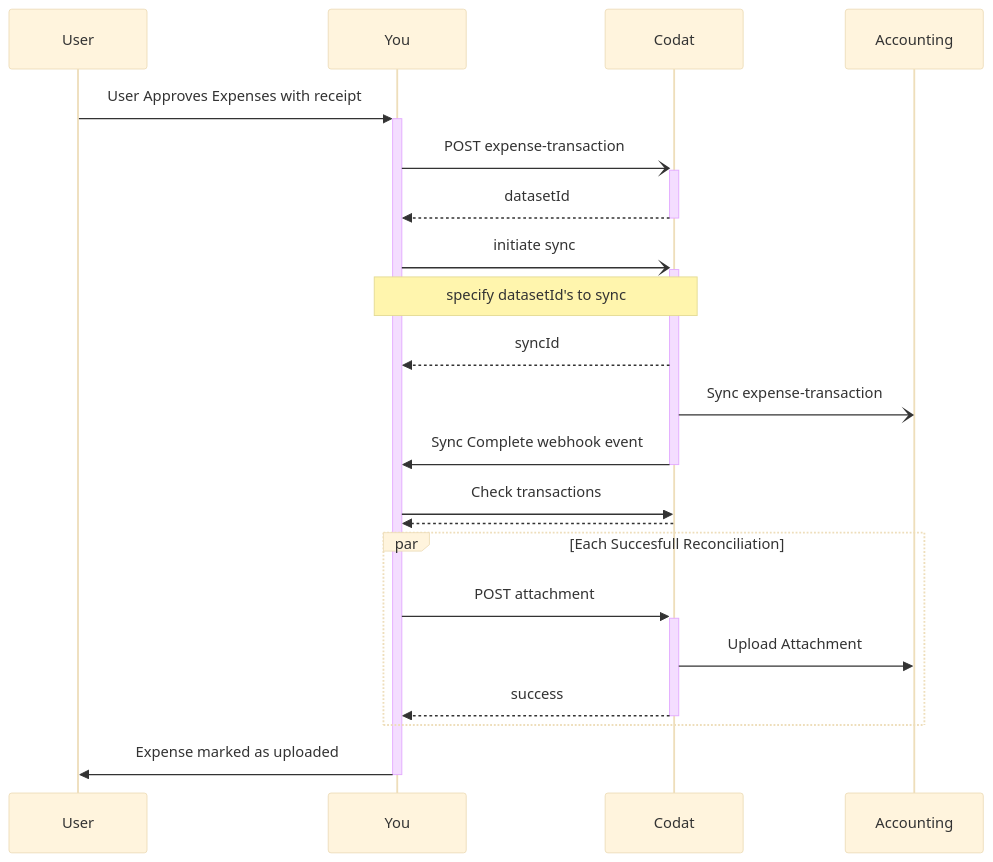
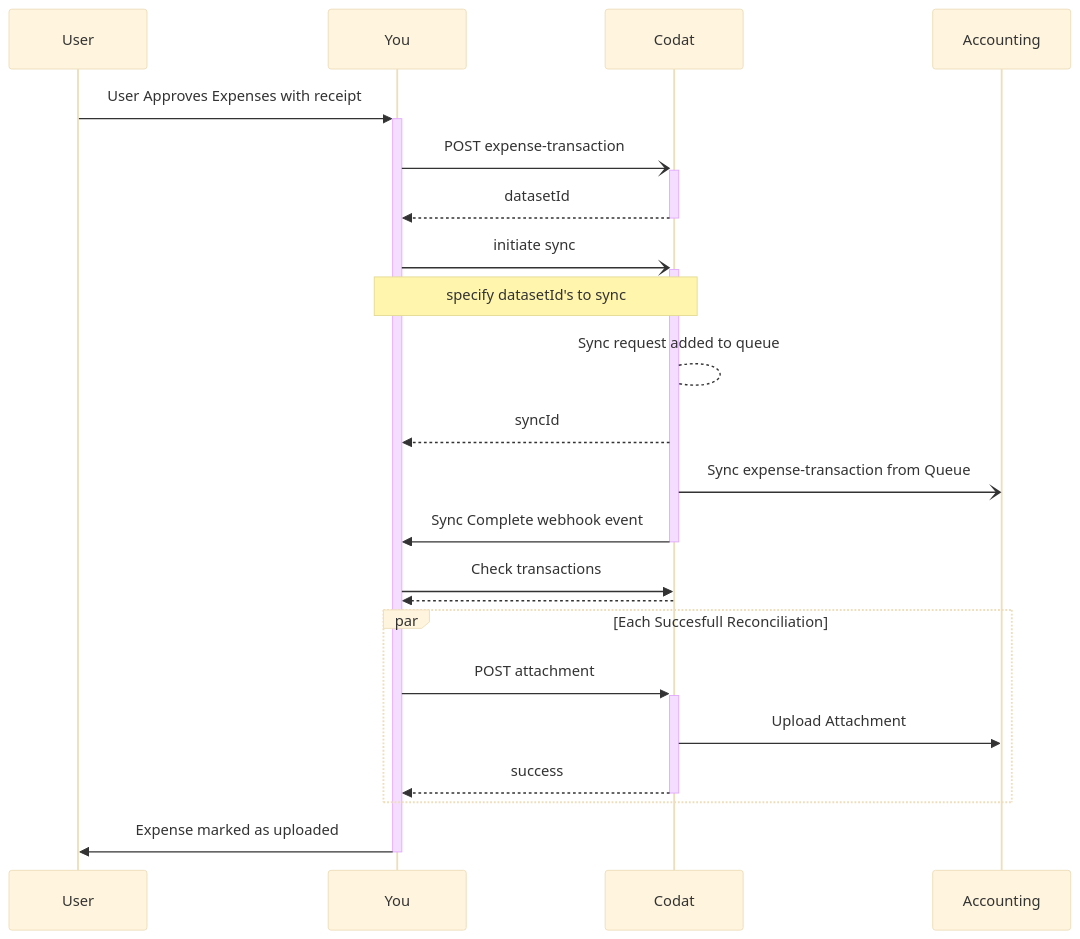
One commit to codatio/codat-docs changed the diagram in docs/sync-for-expenses/sync-process/sync-process-explained.md. Above: the diagram before and after it, drawn with Mermaid (base theme).

Commit message:
Update sync-process-explained - mermaid diagram update.md

````diff
--- a/docs/sync-for-expenses/sync-process/sync-process-explained.md
+++ b/docs/sync-for-expenses/sync-process/sync-process-explained.md
@@ -9,19 +9,20 @@
 ``` mermaid
-  sequenceDiagram
-    User->>+You: User Approves Expenses with receipt
-    You-)+Codat: POST expense-transaction
-    Codat-->>-You: datasetId
-    You-)+Codat: initiate sync
-    Note over You,Codat: specify datasetId's to sync
-    Codat-->>You: syncId
-    Codat-)Accounting: Sync expense-transaction
-    Codat->>-You: Sync Complete webhook event
-    You->>Codat: Check transactions
-    Codat-->>You: 
-    par Each Succesfull Reconciliation
-        You->>+Codat: POST attachment
-        Codat->>Accounting: Upload Attachment
-        Codat-->>-You: success
-    end
-    You->>-User: Expense marked as uploaded
+sequenceDiagram
+  User->>+You: User Approves Expenses with receipt
+  You-)+Codat: POST expense-transaction
+  Codat-->>-You: datasetId
+  You-)+Codat: initiate sync
+  Note over You,Codat: specify datasetId's to sync
+  Codat --> Codat: Sync request added to queue
+  Codat-->>You: syncId
+  Codat-)Accounting: Sync expense-transaction from Queue
+  Codat->>-You: Sync Complete webhook event
+  You->>Codat: Check transactions
+  Codat-->>You: 
+  par Each Succesfull Reconciliation
+    You->>+Codat: POST attachment
+    Codat->>Accounting: Upload Attachment
+    Codat-->>-You: success
+  end
+  You->>-User: Expense marked as uploaded
 ```
````
